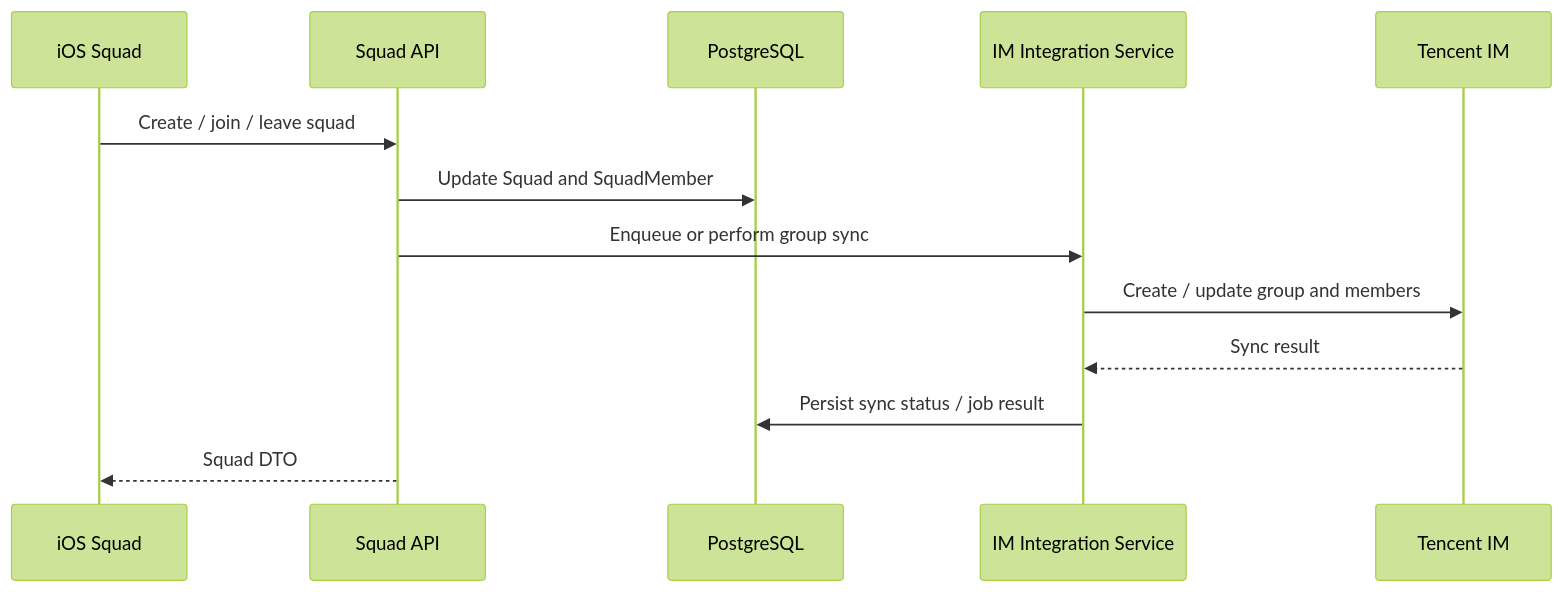
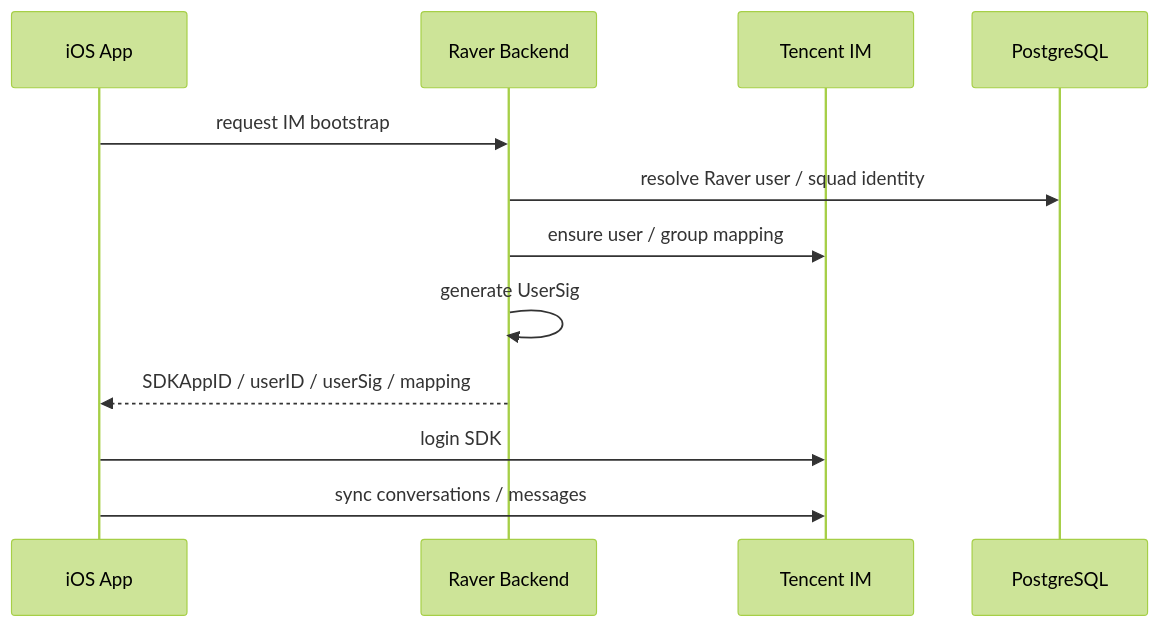
The fourth of 5 diagrams in docs/RAVER_PLATFORM_ARCHITECTURE.md (BlackiePiggy/raver), drawn with Mermaid (forest theme) before and after one commit. The commit also changed other lines of this file and 174 other files, not shown here.

````diff
--- a/docs/RAVER_PLATFORM_ARCHITECTURE.md
+++ b/docs/RAVER_PLATFORM_ARCHITECTURE.md
@@ -1175,16 +993,15 @@
 ```mermaid
 sequenceDiagram
-    participant IOS as iOS Squad
-    participant API as Squad API
+    participant App as iOS App
+    participant API as Raver Backend
+    participant TIM as Tencent IM
     participant DB as PostgreSQL
-    participant IMSvc as IM Integration Service
-    participant TIM as Tencent IM
 
-    IOS->>API: Create / join / leave squad
-    API->>DB: Update Squad and SquadMember
-    API->>IMSvc: Enqueue or perform group sync
-    IMSvc->>TIM: Create / update group and members
-    TIM-->>IMSvc: Sync result
-    IMSvc->>DB: Persist sync status / job result
-    API-->>IOS: Squad DTO
+    App->>API: request IM bootstrap
+    API->>DB: resolve Raver user / squad identity
+    API->>TIM: ensure user / group mapping
+    API->>API: generate UserSig
+    API-->>App: SDKAppID / userID / userSig / mapping
+    App->>TIM: login SDK
+    App->>TIM: sync conversations / messages
 ```
````
